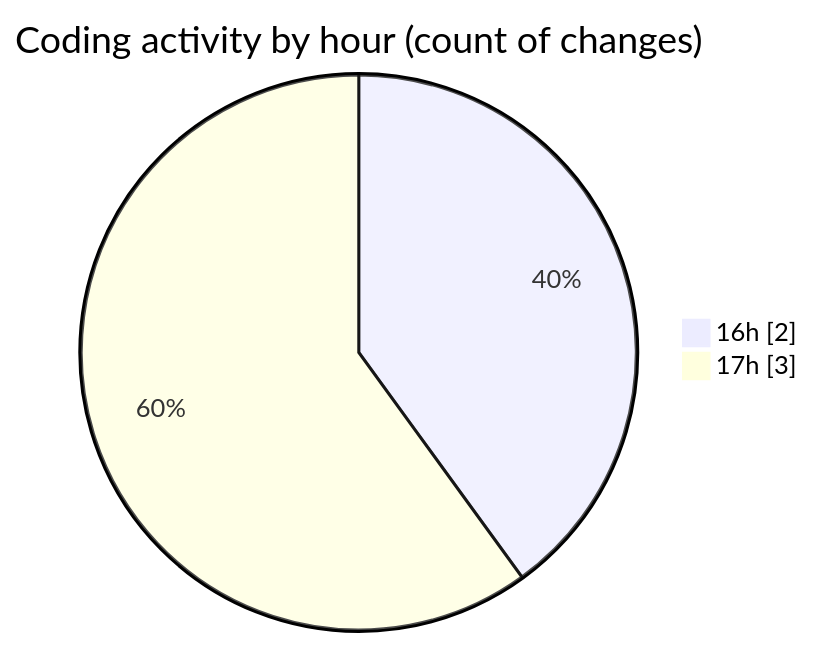
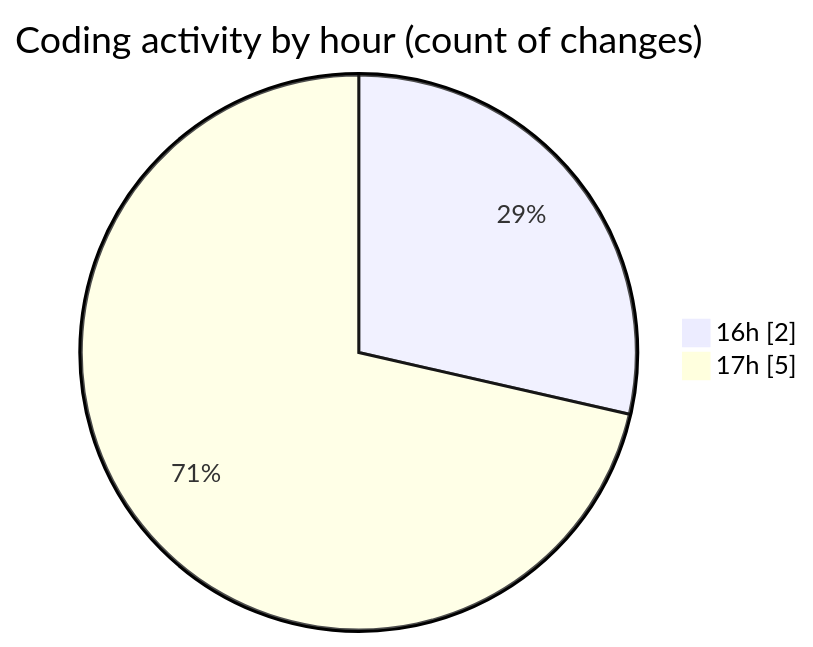
Before and after one commit to BS-eng2023/code-tracking: the second of 2 diagrams in 2025-03-15/jsproject/README.md, drawn with Mermaid. The commit also changed other lines of this file and 1 other file, not shown here.

````diff
--- a/2025-03-15/jsproject/README.md
+++ b/2025-03-15/jsproject/README.md
@@ -28,6 +28,6 @@
 ```mermaid
 pie showData
 title Coding activity by hour (count of changes)
 "16h" : 2
-"17h" : 3
+"17h" : 5
 ```
````
